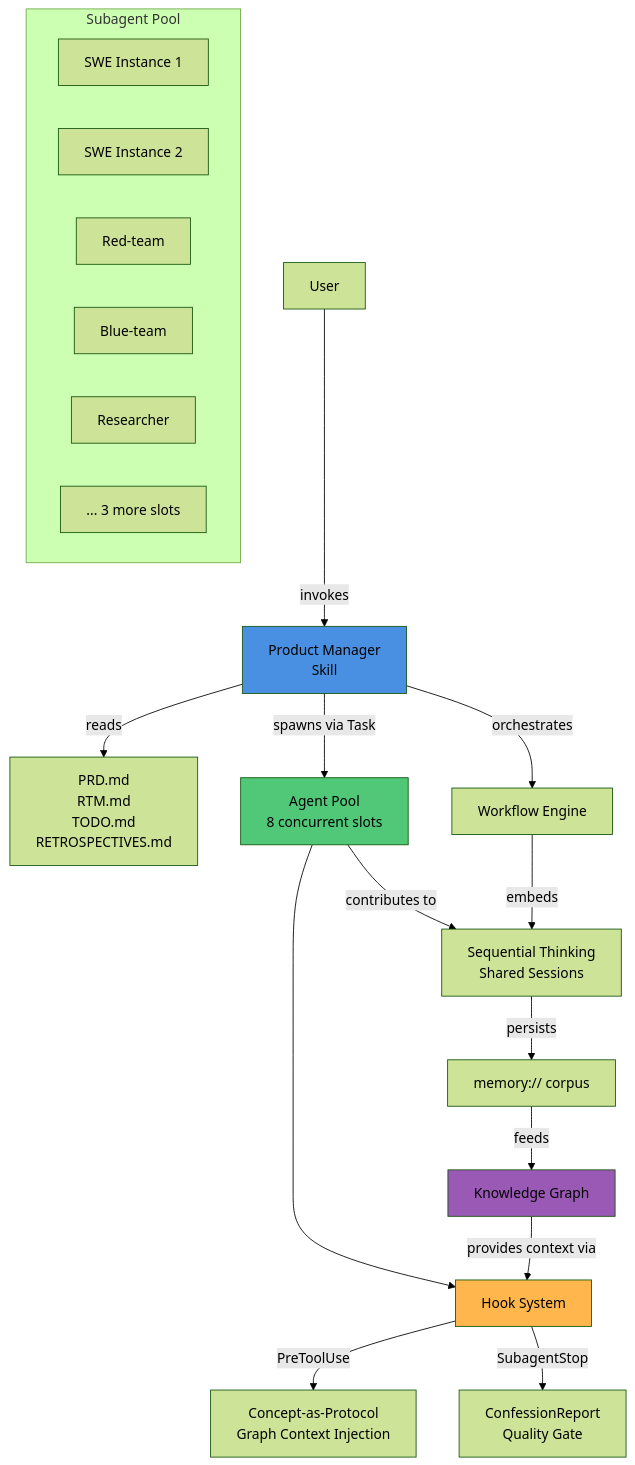
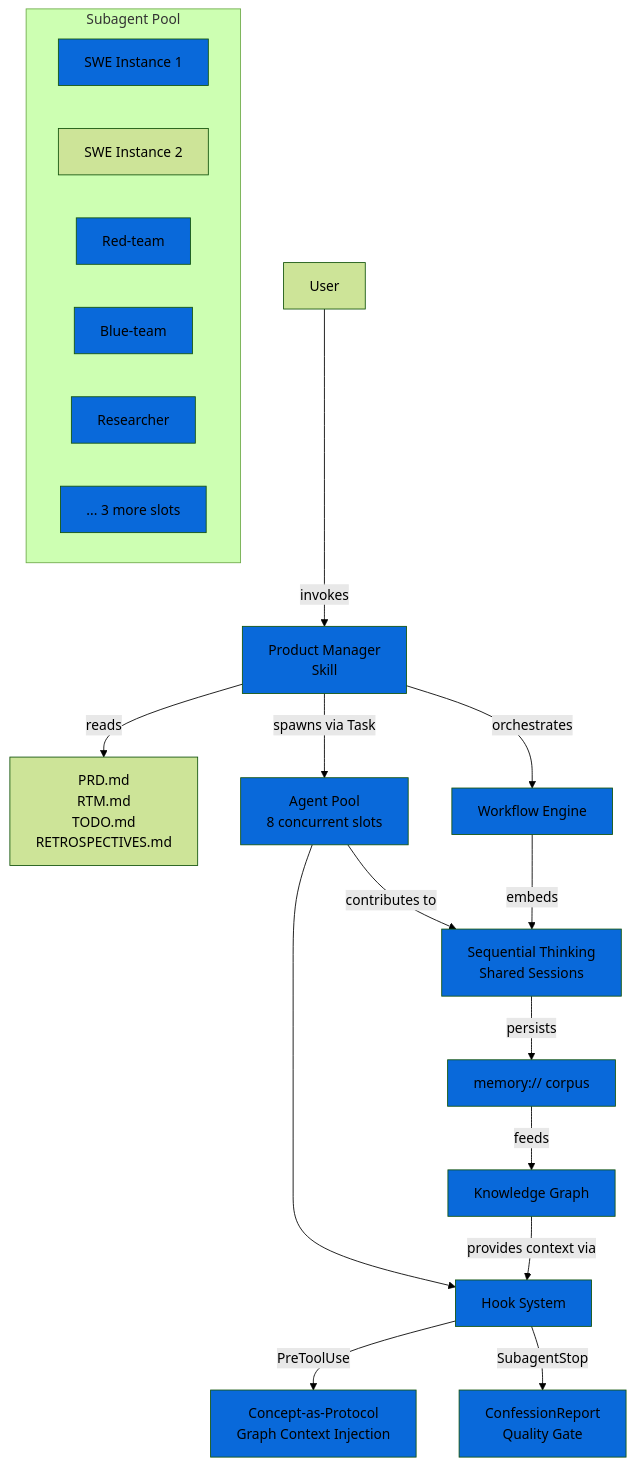
The first of 6 diagrams in integrations/skills/product-manager/README.md (msbrettorg/maenifold), drawn with Mermaid (forest theme) before and after one commit. The commit also changed other lines of this file and 31 other files, not shown here.

````diff
--- a/integrations/skills/product-manager/README.md
+++ b/integrations/skills/product-manager/README.md
@@ -31,33 +31,43 @@
 ```mermaid
 graph TB
     User[User] -->|invokes| PM[Product Manager<br/>Skill]
     PM -->|reads| Docs[PRD.md<br/>RTM.md<br/>TODO.md<br/>RETROSPECTIVES.md]
     PM -->|spawns via Task| Pool[Agent Pool<br/>8 concurrent slots]
 
     subgraph "Subagent Pool"
         SWE[SWE Instance 1]
         SWE2[SWE Instance 2]
         Red[Red-team]
         Blue[Blue-team]
         Research[Researcher]
         More[... 3 more slots]
     end
 
     Pool --> Hooks[Hook System]
     Hooks -->|PreToolUse| Context[Concept-as-Protocol<br/>Graph Context Injection]
     Hooks -->|SubagentStop| Gate[ConfessionReport<br/>Quality Gate]
 
     PM -->|orchestrates| Workflows[Workflow Engine]
     Workflows -->|embeds| SeqThink[Sequential Thinking<br/>Shared Sessions]
 
     Pool -->|contributes to| SeqThink
     SeqThink -->|persists| Memory[memory:// corpus]
     Memory -->|feeds| Graph[Knowledge Graph]
 
     Graph -->|provides context via| Hooks
 
-    style PM fill:#4A90E2
-    style Pool fill:#50C878
-    style Hooks fill:#FFB74D
-    style Graph fill:#9B59B6
+    style PM fill:#0969DA
+    style Pool fill:#0969DA
+    style SWE fill:#0969DA
+    style Red fill:#0969DA
+    style Blue fill:#0969DA
+    style Research fill:#0969DA
+    style More fill:#0969DA
+    style Hooks fill:#0969DA
+    style Context fill:#0969DA
+    style Gate fill:#0969DA
+    style Workflows fill:#0969DA
+    style SeqThink fill:#0969DA
+    style Memory fill:#0969DA
+    style Graph fill:#0969DA
 ```
````
